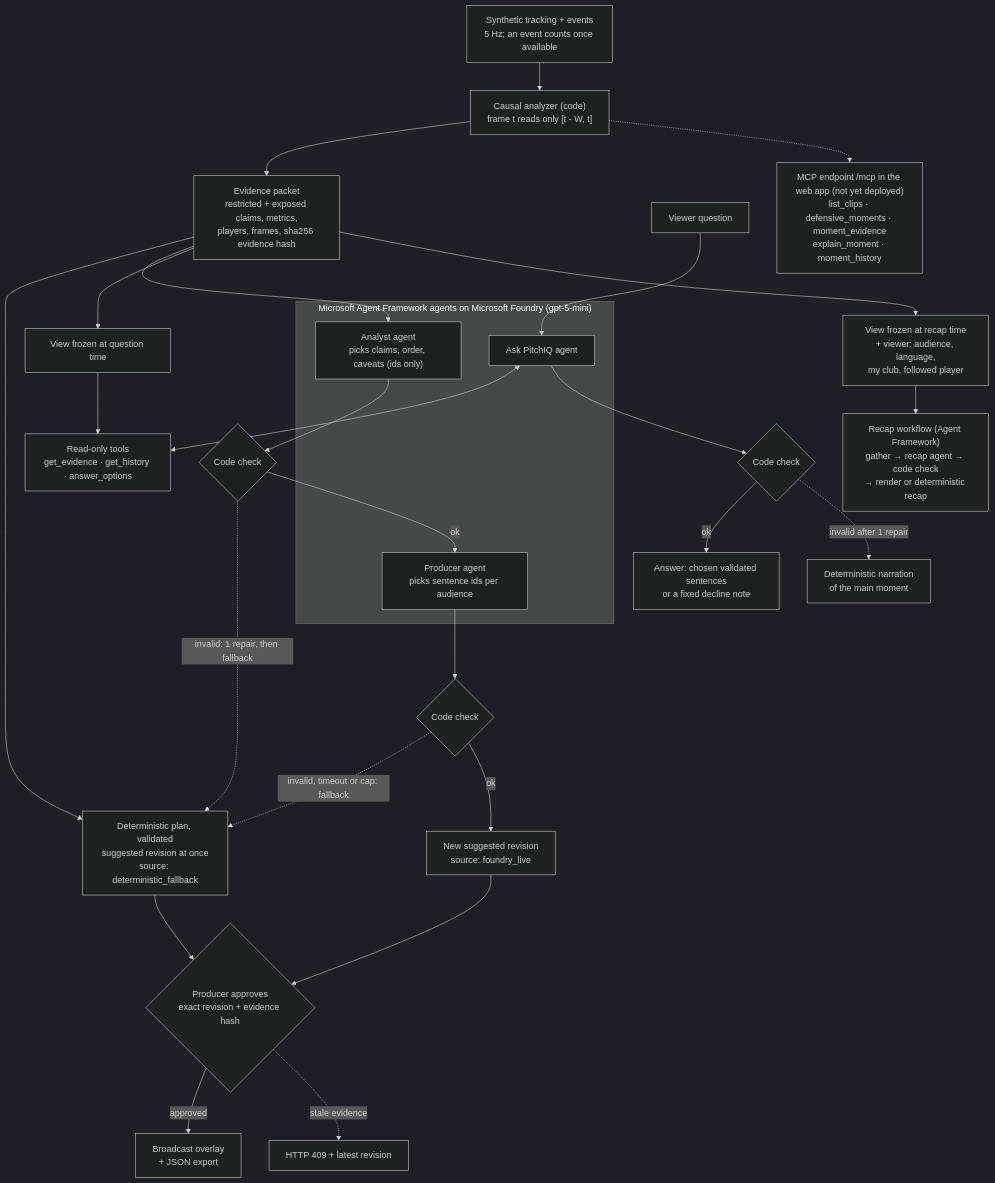
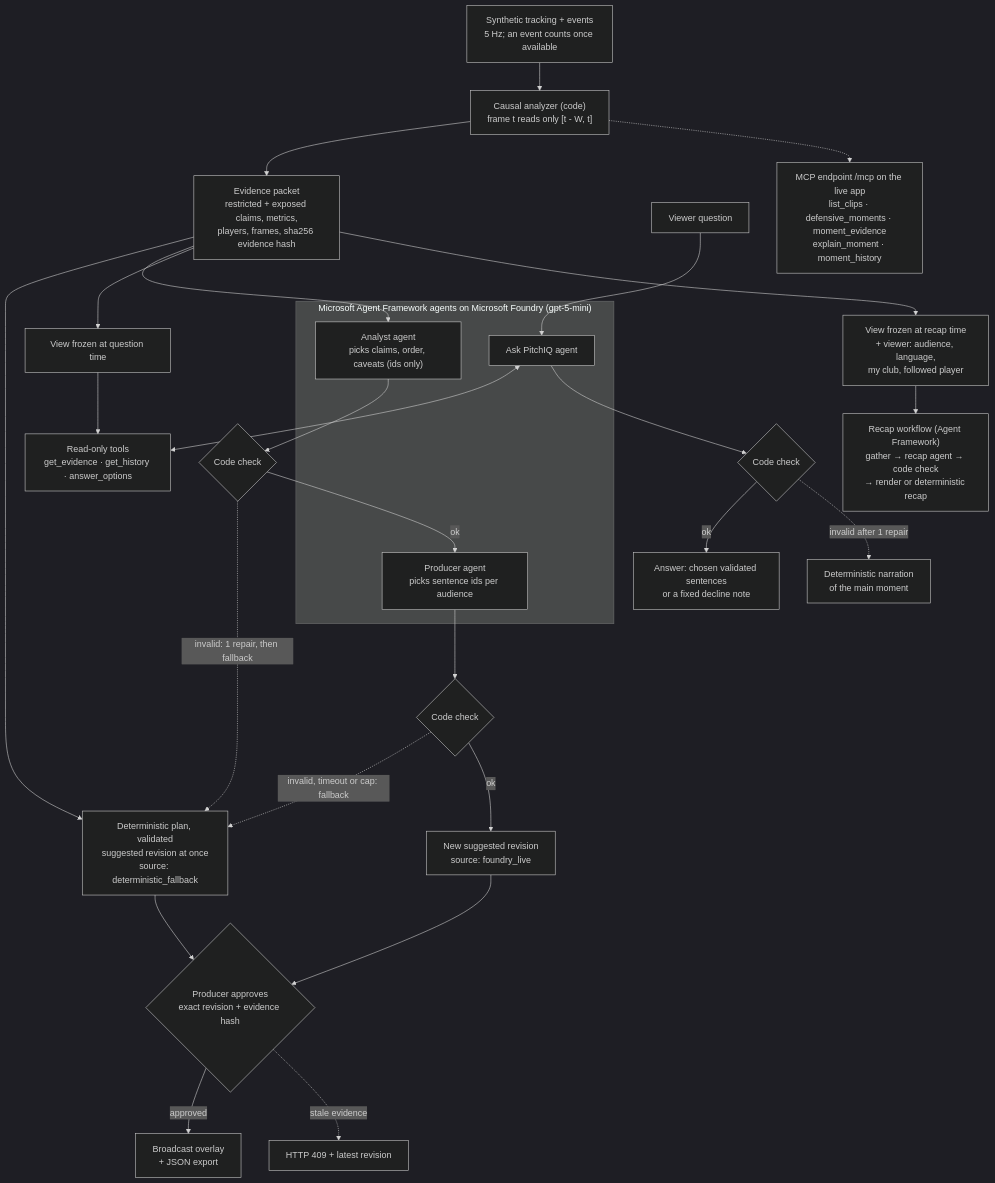
One commit to kyuhyeokseo/pitchiq changed the diagram in README.md. Above: the diagram before and after it, drawn with Mermaid (dark theme). The commit also changed other lines of this file and 22 other files, not shown here.

````diff
--- a/README.md
+++ b/README.md
@@ -77,37 +79,37 @@
 ```mermaid
 flowchart TB
   IN["Synthetic tracking + events<br/>5 Hz; an event counts once available"] --> AZ["Causal analyzer (code)<br/>frame t reads only [t - W, t]"]
   AZ --> EP["Evidence packet<br/>restricted + exposed claims, metrics,<br/>players, frames, sha256 evidence hash"]
   EP --> DET["Deterministic plan, validated<br/>suggested revision at once<br/>source: deterministic_fallback"]
 
   subgraph MAF["Microsoft Agent Framework agents on Microsoft Foundry (gpt-5-mini)"]
     AN["Analyst agent<br/>picks claims, order, caveats (ids only)"]
     PR["Producer agent<br/>picks sentence ids per audience"]
     ASK["Ask PitchIQ agent"]
   end
 
   EP --> AN
   AN --> C1{"Code check"}
   C1 -->|ok| PR
   PR --> C2{"Code check"}
   C1 -.->|"invalid: 1 repair, then fallback"| DET
   C2 -.->|"invalid, timeout or cap: fallback"| DET
   C2 -->|ok| LIVE["New suggested revision<br/>source: foundry_live"]
   DET --> APR{"Producer approves<br/>exact revision + evidence hash"}
   LIVE --> APR
   APR -->|approved| AIR["Broadcast overlay<br/>+ JSON export"]
   APR -.->|"stale evidence"| R409["HTTP 409 + latest revision"]
 
   EP --> VIEW["View frozen at question time"]
   Q["Viewer question"] --> ASK
   VIEW --> TOOLS["Read-only tools<br/>get_evidence · get_history · answer_options"]
   ASK <--> TOOLS
   ASK --> C3{"Code check"}
   C3 -->|ok| ANS["Answer: chosen validated sentences<br/>or a fixed decline note"]
   C3 -.->|"invalid after 1 repair"| FB["Deterministic narration<br/>of the main moment"]
 
   EP --> RVIEW["View frozen at recap time<br/>+ viewer: audience, language,<br/>my club, followed player"]
   RVIEW --> RWF["Recap workflow (Agent Framework)<br/>gather → recap agent → code check<br/>→ render or deterministic recap"]
 
-  AZ -.-> MCP["MCP endpoint /mcp in the web app (not yet deployed)<br/>list_clips · defensive_moments · moment_evidence<br/>explain_moment · moment_history"]
+  AZ -.-> MCP["MCP endpoint /mcp on the live app<br/>list_clips · defensive_moments · moment_evidence<br/>explain_moment · moment_history"]
 ```
````
